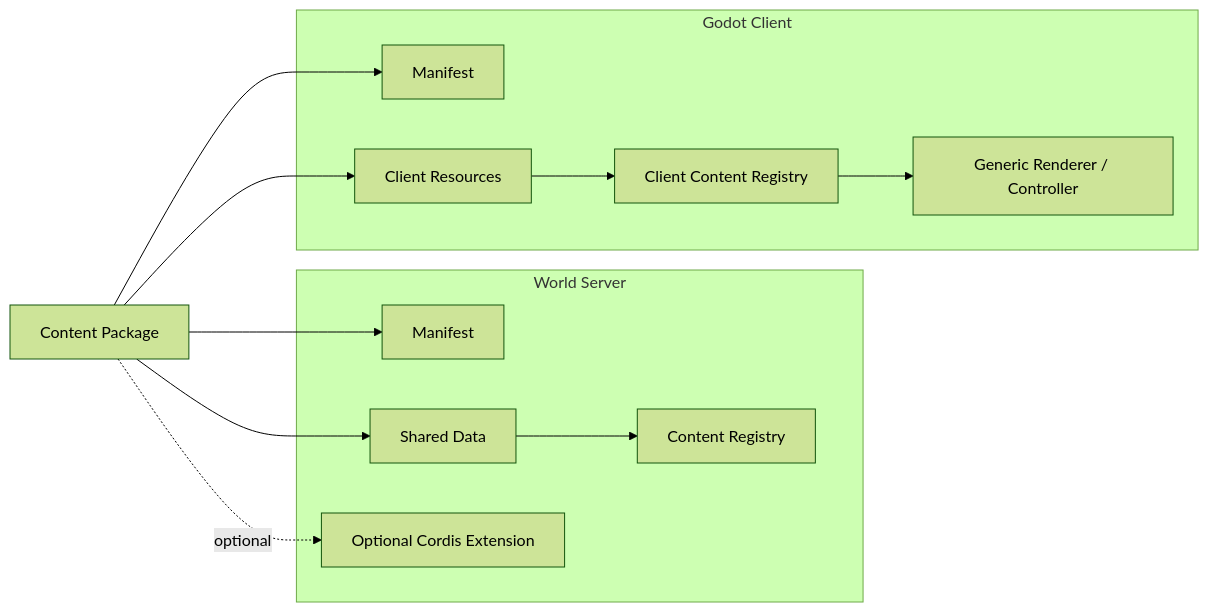
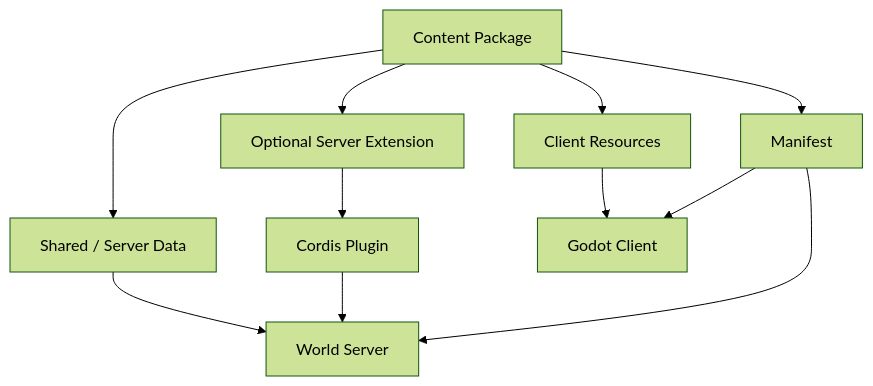
Before and after one commit to Ri0n72Y/idea-slime-bar: the first of 2 diagrams in architecture/content-system.md, drawn with Mermaid (forest theme). The commit also changed other lines of this file, not shown here.

Commit message:
docs: align content packages with server mods and godot resources

````diff
--- a/architecture/content-system.md
+++ b/architecture/content-system.md
@@ -11,28 +11,17 @@
 ```mermaid
-flowchart LR
+flowchart TB
     Package[Content Package]
 
-    subgraph Server[World Server]
-        ManifestS[Manifest]
-        Data[Shared Data]
-        Registry[Content Registry]
-        Extension[Optional Cordis Extension]
-    end
+    Package --> Manifest[Manifest]
+    Package --> Data[Shared / Server Data]
+    Package --> Extension[Optional Server Extension]
+    Package --> Resources[Client Resources]
 
-    subgraph Client[Godot Client]
-        ManifestC[Manifest]
-        Resources[Client Resources]
-        ClientRegistry[Client Content Registry]
-        Renderer[Generic Renderer / Controller]
-    end
+    Data --> Server[World Server]
+    Extension --> Cordis[Cordis Plugin]
+    Cordis --> Server
 
-    Package --> ManifestS
-    Package --> Data
-    Package -. optional .-> Extension
-    Data --> Registry
-
-    Package --> ManifestC
-    Package --> Resources
-    Resources --> ClientRegistry
-    ClientRegistry --> Renderer
+    Resources --> Godot[Godot Client]
+    Manifest --> Server
+    Manifest --> Godot
 ```
````
